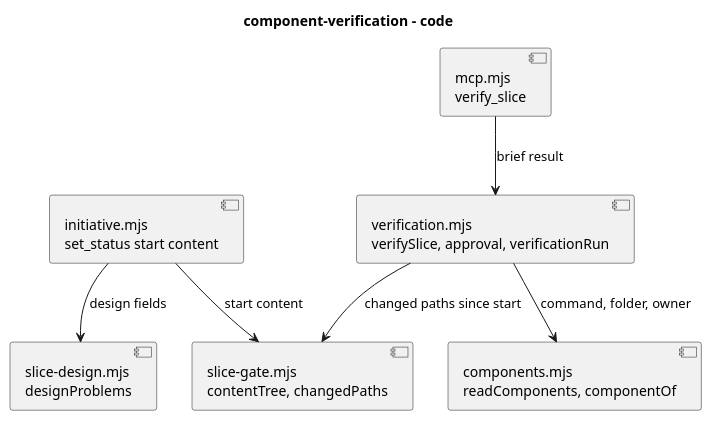
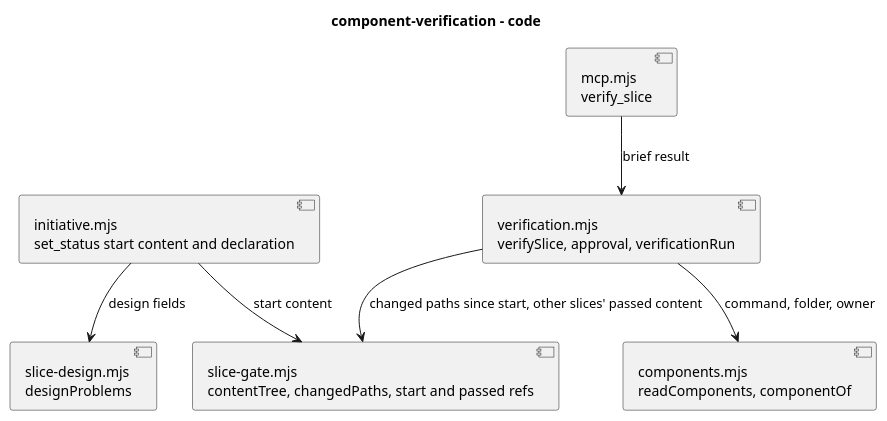
One commit to RumyantsevMichael/Prism changed the diagram in docs/plans/components/component-verification/code.puml. Above: the diagram before and after it, drawn with PlantUML. The commit also changed 5 other files, not shown here.

First line of the commit message:
chore: count only a slice's own changes at its component boundary

```diff
--- a/docs/plans/components/component-verification/code.puml
+++ b/docs/plans/components/component-verification/code.puml
@@ -1,14 +1,14 @@
 @startuml
 title component-verification - code
 component "verification.mjs\nverifySlice, approval, verificationRun" as Verification
-component "slice-gate.mjs\ncontentTree, changedPaths" as Gate
+component "slice-gate.mjs\ncontentTree, changedPaths, start and passed refs" as Gate
 component "components.mjs\nreadComponents, componentOf" as Components
-component "initiative.mjs\nset_status start content" as Initiative
+component "initiative.mjs\nset_status start content and declaration" as Initiative
 component "slice-design.mjs\ndesignProblems" as Design
 component "mcp.mjs\nverify_slice" as Mcp
 Verification --> Components : command, folder, owner
-Verification --> Gate : changed paths since start
+Verification --> Gate : changed paths since start, other slices' passed content
 Initiative --> Gate : start content
 Initiative --> Design : design fields
 Mcp --> Verification : brief result
 @enduml
```
